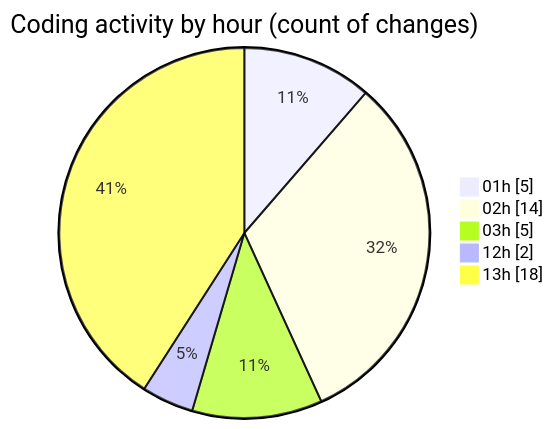
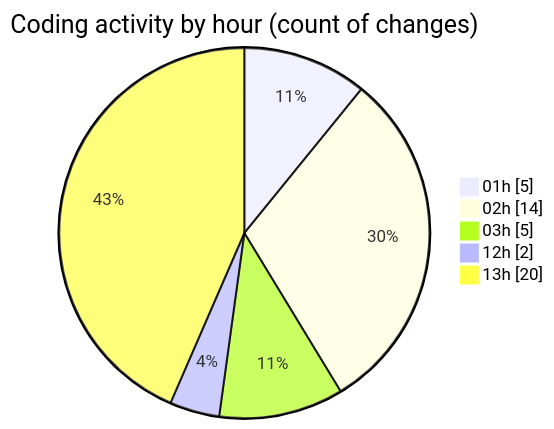
The second of 2 diagrams in 2025-10-23/eventscop-frontend-guide__workspace_/README.md (julien-gomy/code-tracking), drawn with Mermaid before and after one commit. The commit also changed other lines of this file and 1 other file, not shown here.

````diff
--- a/2025-10-23/eventscop-frontend-guide__workspace_/README.md
+++ b/2025-10-23/eventscop-frontend-guide__workspace_/README.md
@@ -43,9 +43,9 @@
 ```mermaid
 pie showData
 title Coding activity by hour (count of changes)
 "01h" : 5
 "02h" : 14
 "03h" : 5
 "12h" : 2
-"13h" : 18
+"13h" : 20
 ```
````
